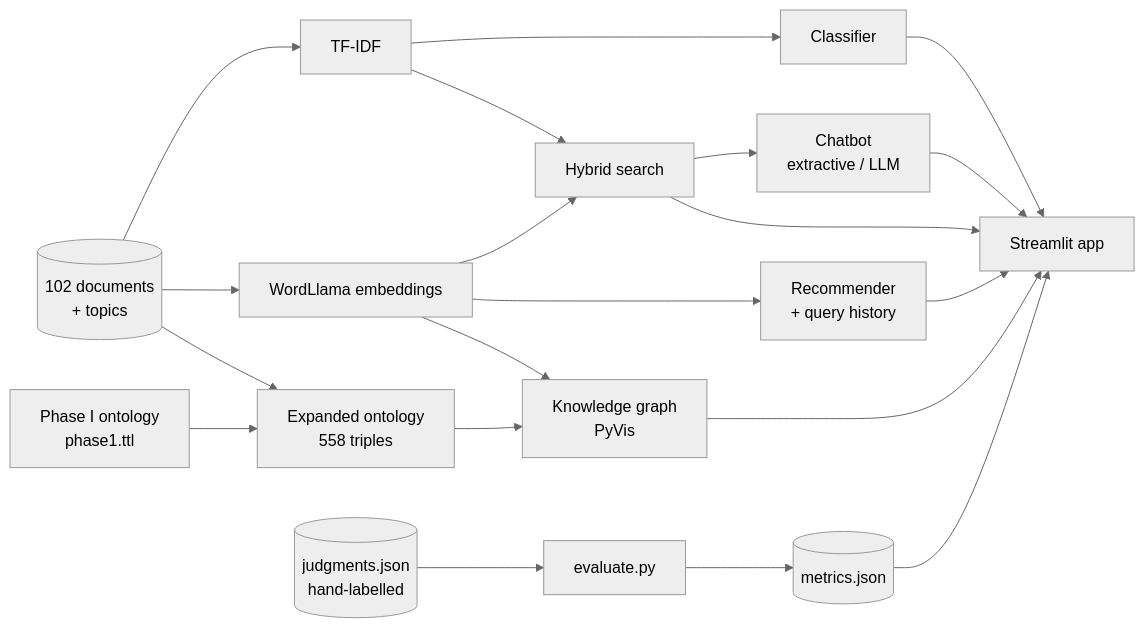
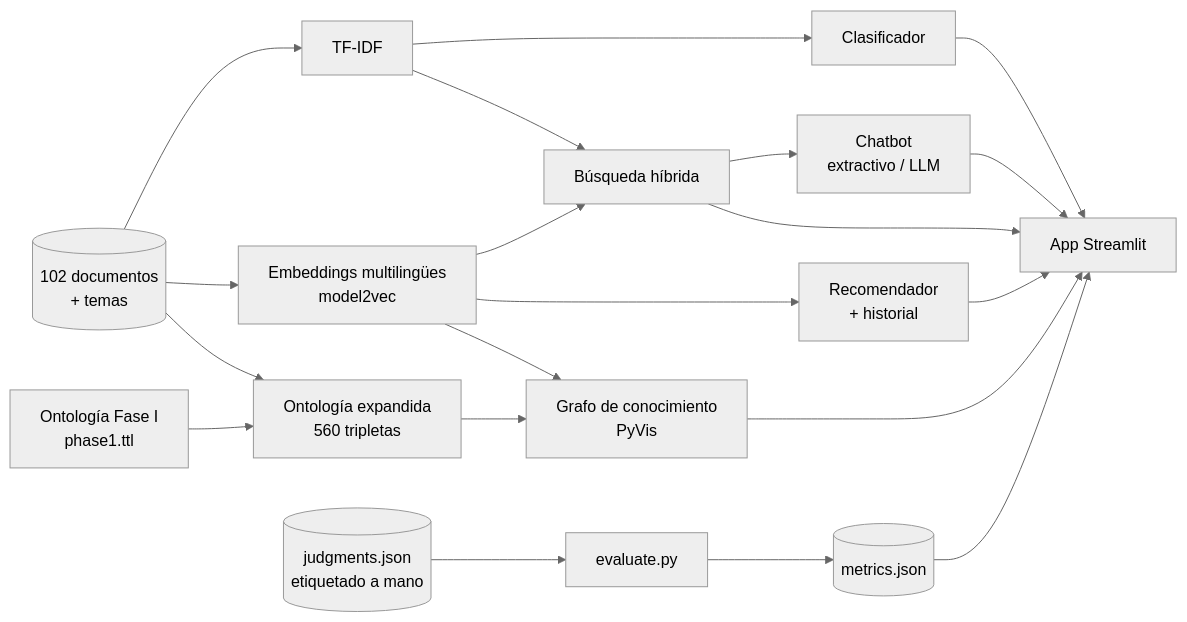
Before and after one commit to C0z1/la-nube-gestion-conocimiento: the diagram in README.md, drawn with Mermaid (neutral theme). The commit also changed other lines of this file and 7 other files, not shown here.

````diff
--- a/README.md
+++ b/README.md
@@ -26,15 +32,15 @@
 ```mermaid
 flowchart LR
-    CSV[(102 documents<br/>+ topics)] --> TF[TF-IDF]
-    CSV --> EMB[WordLlama embeddings]
-    TTL[Phase I ontology<br/>phase1.ttl] --> ONT[Expanded ontology<br/>558 triples]
+    CSV[(102 documentos<br/>+ temas)] --> TF[TF-IDF]
+    CSV --> EMB[Embeddings multilingües<br/>model2vec]
+    TTL[Ontología Fase I<br/>phase1.ttl] --> ONT[Ontología expandida<br/>560 tripletas]
     CSV --> ONT
-    TF --> CLF[Classifier]
-    TF & EMB --> SRCH[Hybrid search]
-    EMB --> REC[Recommender<br/>+ query history]
-    SRCH --> BOT[Chatbot<br/>extractive / LLM]
-    ONT --> G[Knowledge graph<br/>PyVis]
+    TF --> CLF[Clasificador]
+    TF & EMB --> SRCH[Búsqueda híbrida]
+    EMB --> REC[Recomendador<br/>+ historial]
+    SRCH --> BOT[Chatbot<br/>extractivo / LLM]
+    ONT --> G[Grafo de conocimiento<br/>PyVis]
     EMB --> G
-    CLF & SRCH & REC & BOT & G --> APP[Streamlit app]
-    J[(judgments.json<br/>hand-labelled)] --> EV[evaluate.py] --> M[(metrics.json)] --> APP
+    CLF & SRCH & REC & BOT & G --> APP[App Streamlit]
+    J[(judgments.json<br/>etiquetado a mano)] --> EV[evaluate.py] --> M[(metrics.json)] --> APP
 ```
````
